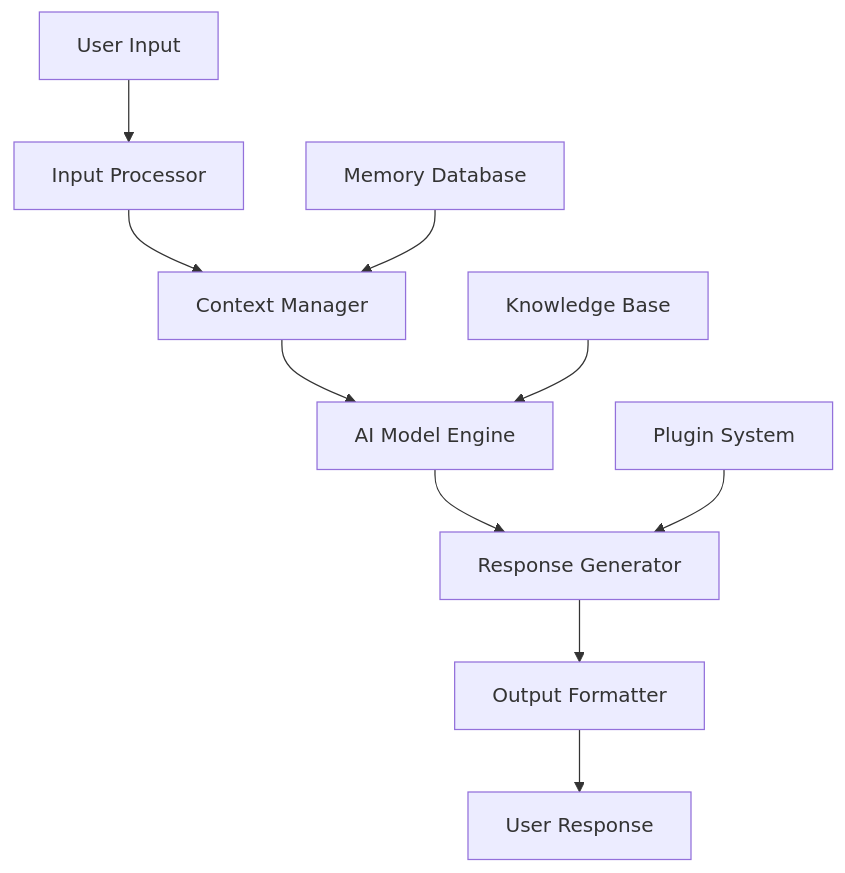
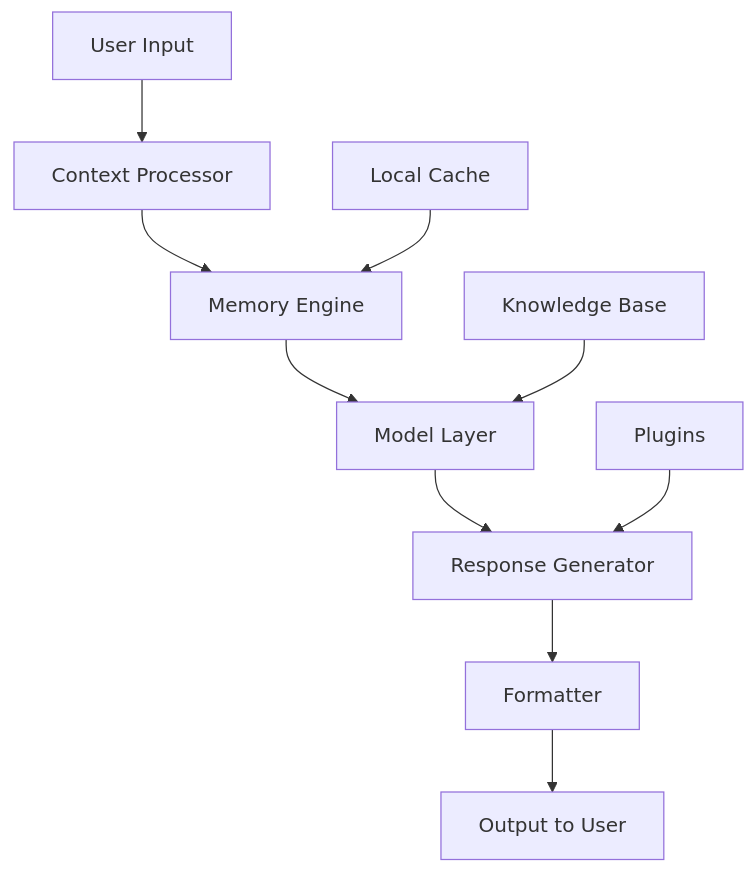
One commit to deandrisiburian/Zeta-Genai changed the diagram in README.md. Above: the diagram before and after it, drawn with Mermaid. The commit also changed other lines of this file, not shown here.

````diff
--- a/README.md
+++ b/README.md
@@ -133,13 +180,13 @@
 ```mermaid
-graph TB
-    A[User Input] --> B[Input Processor]
-    B --> C[Context Manager]
-    C --> D[AI Model Engine]
-    D --> E[Response Generator]
-    E --> F[Output Formatter]
-    F --> G[User Response]
-    
-    H[Memory Database] --> C
-    I[Knowledge Base] --> D
-    J[Plugin System] --> E
+graph TD
+  A[User Input] --> B[Context Processor]
+  B --> C[Memory Engine]
+  C --> D[Model Layer]
+  D --> E[Response Generator]
+  E --> F[Formatter]
+  F --> G[Output to User]
+  
+  H[Local Cache] --> C
+  I[Knowledge Base] --> D
+  J[Plugins] --> E
 ```
````
